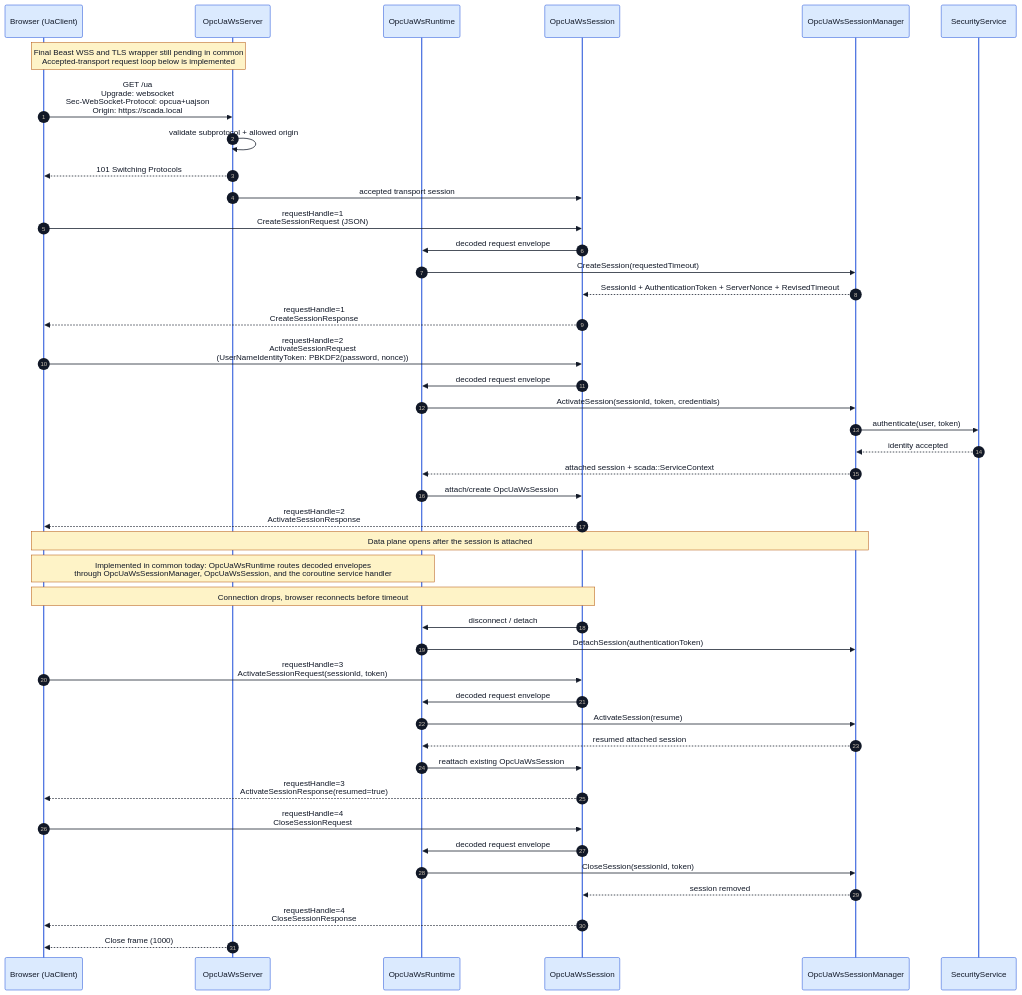
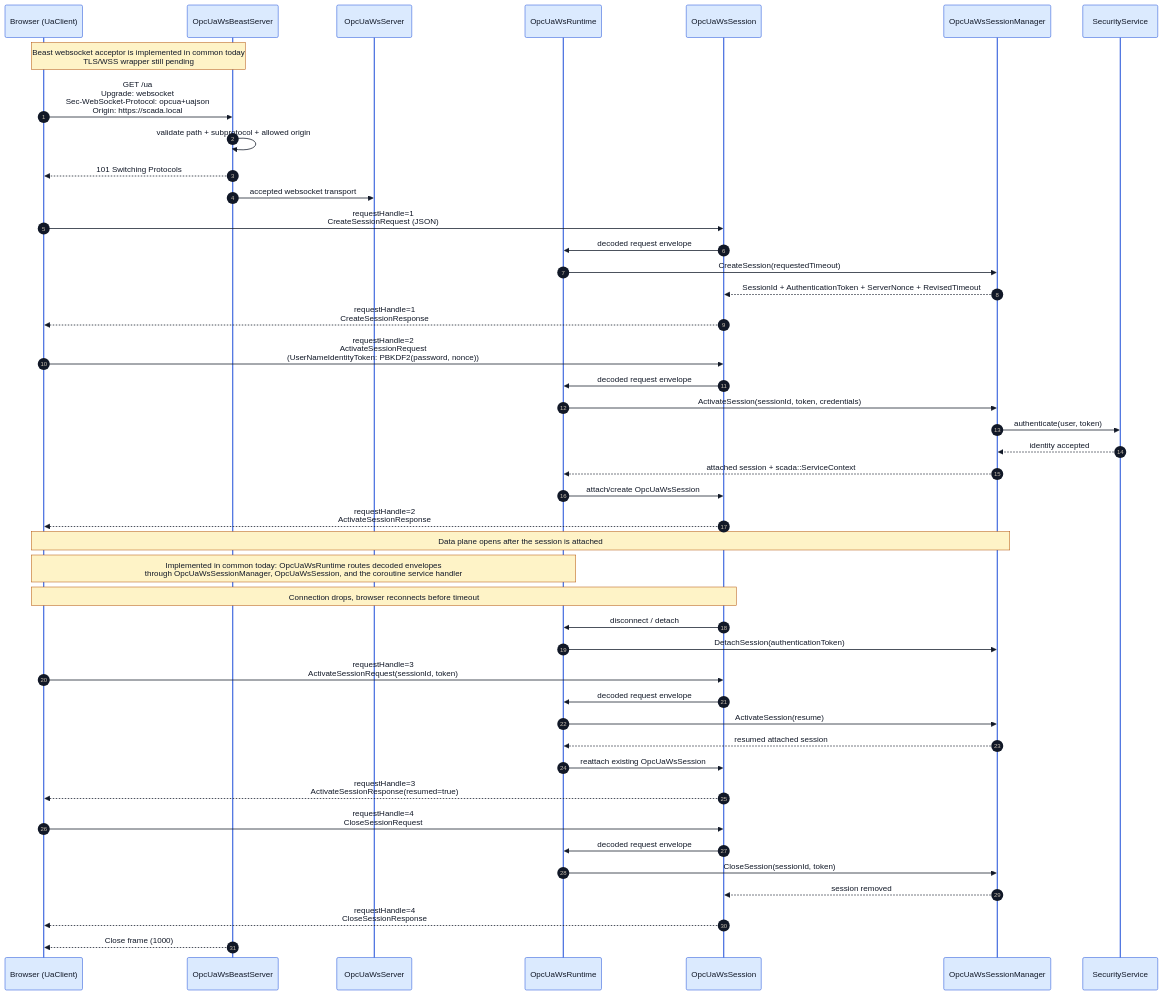
One commit to alexsmn/scada-common changed the diagram in docs/opcua_ws_session_sequence.mmd. Above: the diagram before and after it, drawn with Mermaid. The commit also changed 9 other files, not shown here.

Commit message:
Add opcua_ws Beast websocket server

```diff
--- a/docs/opcua_ws_session_sequence.mmd
+++ b/docs/opcua_ws_session_sequence.mmd
@@ -1,65 +1,65 @@
 %%{init: {
   'theme': 'base',
   'themeVariables': {
     'background': '#ffffff',
     'primaryColor': '#f3f4f6',
     'primaryBorderColor': '#374151',
     'primaryTextColor': '#111827',
     'lineColor': '#374151',
     'actorBkg': '#dbeafe',
     'actorBorder': '#1d4ed8',
     'actorTextColor': '#111827',
     'noteBkgColor': '#fef3c7',
     'noteBorderColor': '#b45309',
     'noteTextColor': '#111827'
   }
 }}%%
 sequenceDiagram
     autonumber
     participant B as Browser (UaClient)
+    participant BWS as OpcUaWsBeastServer
     participant WS as OpcUaWsServer
     participant RT as OpcUaWsRuntime
     participant S as OpcUaWsSession
     participant M as OpcUaWsSessionManager
     participant SEC as SecurityService
 
-    Note over B,WS: Final Beast WSS and TLS wrapper still pending in common<br/>Accepted-transport request loop below is implemented
-    B->>WS: GET /ua<br/>Upgrade: websocket<br/>Sec-WebSocket-Protocol: opcua+uajson<br/>Origin: https://scada.local
-    WS->>WS: validate subprotocol + allowed origin
-    WS-->>B: 101 Switching Protocols
-
-    WS->>S: accepted transport session
+    Note over B,BWS: Beast websocket acceptor is implemented in common today<br/>TLS/WSS wrapper still pending
+    B->>BWS: GET /ua<br/>Upgrade: websocket<br/>Sec-WebSocket-Protocol: opcua+uajson<br/>Origin: https://scada.local
+    BWS->>BWS: validate path + subprotocol + allowed origin
+    BWS-->>B: 101 Switching Protocols
+    BWS->>WS: accepted websocket transport
     B->>S: requestHandle=1<br/>CreateSessionRequest (JSON)
     S->>RT: decoded request envelope
     RT->>M: CreateSession(requestedTimeout)
     M-->>S: SessionId + AuthenticationToken + ServerNonce + RevisedTimeout
     S-->>B: requestHandle=1<br/>CreateSessionResponse
 
     B->>S: requestHandle=2<br/>ActivateSessionRequest<br/>(UserNameIdentityToken: PBKDF2(password, nonce))
     S->>RT: decoded request envelope
     RT->>M: ActivateSession(sessionId, token, credentials)
     M->>SEC: authenticate(user, token)
     SEC-->>M: identity accepted
     M-->>RT: attached session + scada::ServiceContext
     RT->>S: attach/create OpcUaWsSession
     S-->>B: requestHandle=2<br/>ActivateSessionResponse
 
     Note over B,M: Data plane opens after the session is attached
     Note over B,RT: Implemented in common today: OpcUaWsRuntime routes decoded envelopes<br/>through OpcUaWsSessionManager, OpcUaWsSession, and the coroutine service handler
 
     Note over B,S: Connection drops, browser reconnects before timeout
     S->>RT: disconnect / detach
     RT->>M: DetachSession(authenticationToken)
     B->>S: requestHandle=3<br/>ActivateSessionRequest(sessionId, token)
     S->>RT: decoded request envelope
     RT->>M: ActivateSession(resume)
     M-->>RT: resumed attached session
     RT->>S: reattach existing OpcUaWsSession
     S-->>B: requestHandle=3<br/>ActivateSessionResponse(resumed=true)
 
     B->>S: requestHandle=4<br/>CloseSessionRequest
     S->>RT: decoded request envelope
     RT->>M: CloseSession(sessionId, token)
     M-->>S: session removed
     S-->>B: requestHandle=4<br/>CloseSessionResponse
-    WS-->>B: Close frame (1000)
+    BWS-->>B: Close frame (1000)
```
